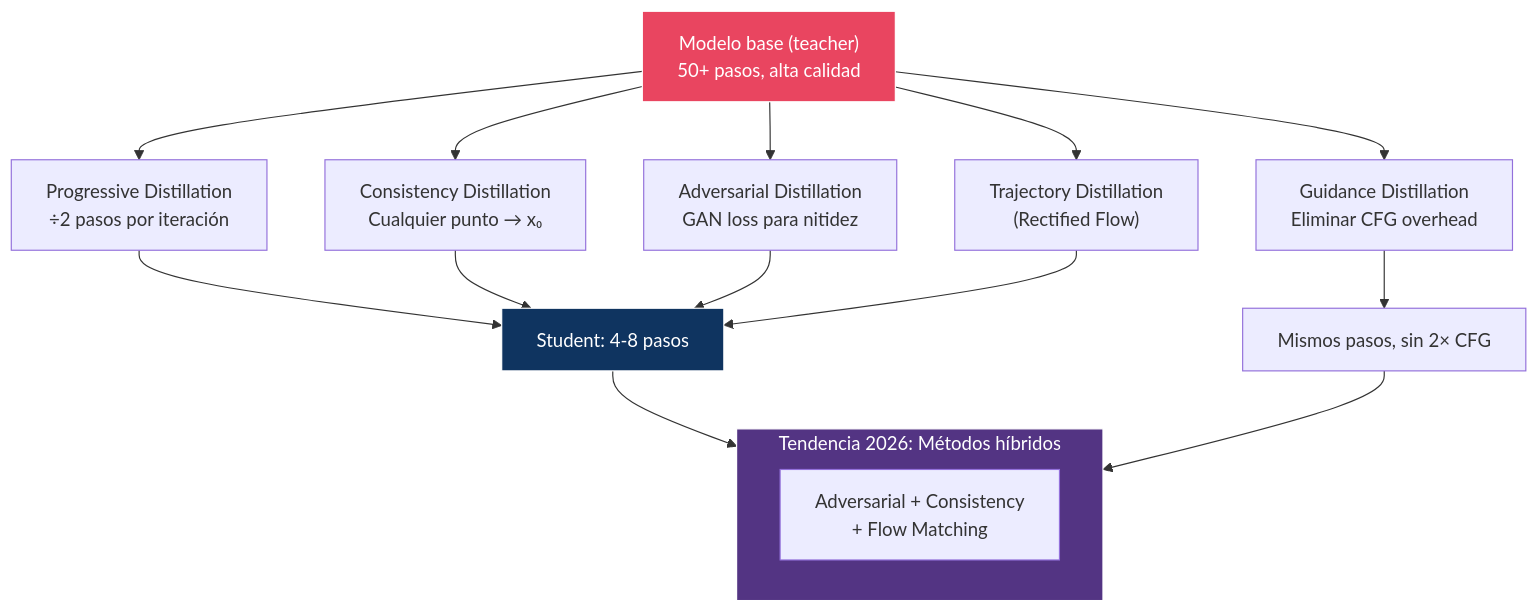
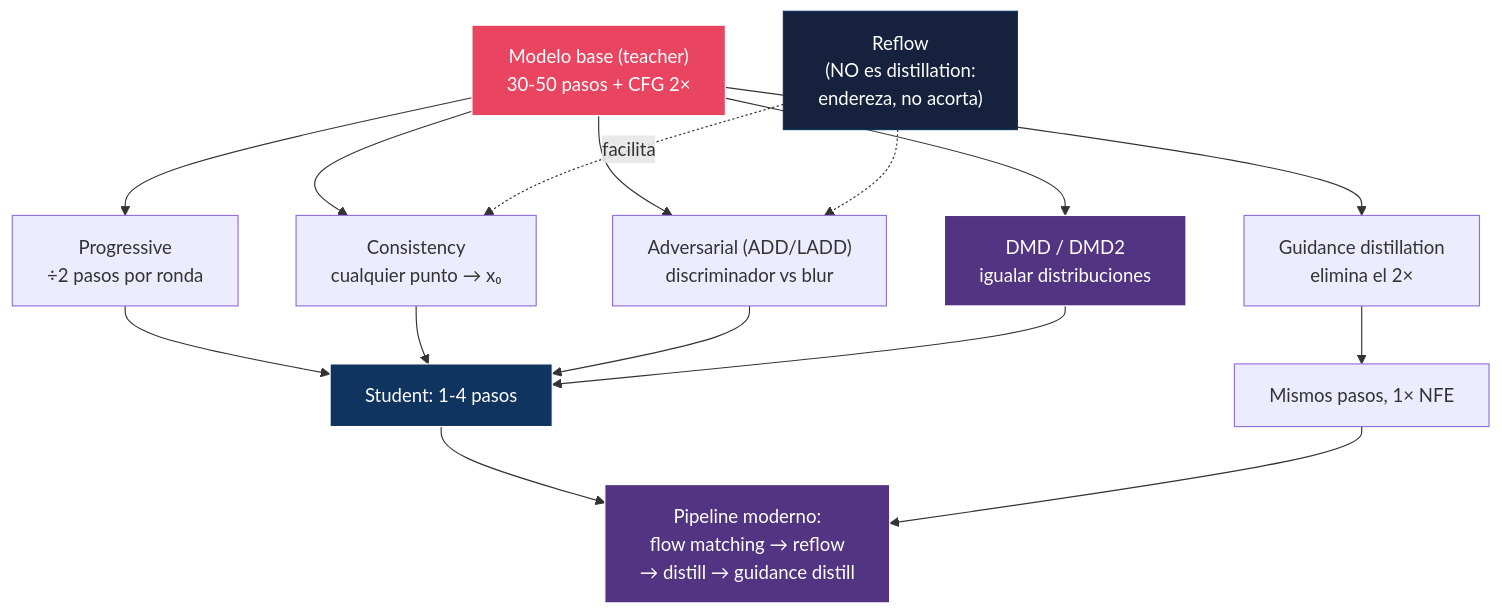
One commit to DavidDevGt/DifusionReal changed the fourth of 4 diagrams in 10-distillation/README.md. Above: the diagram before and after it, drawn with Mermaid. The commit also changed other lines of this file, not shown here.

````diff
--- a/10-distillation/README.md
+++ b/10-distillation/README.md
@@ -279,28 +408,29 @@
 ```mermaid
 graph TB
-    TEACHER["Modelo base (teacher)<br/>50+ pasos, alta calidad"]
+    TEACHER["Modelo base (teacher)<br/>30-50 pasos + CFG 2×"]
 
-    TEACHER --> PROG["Progressive Distillation<br/>÷2 pasos por iteración"]
-    TEACHER --> CONS["Consistency Distillation<br/>Cualquier punto → x₀"]
-    TEACHER --> ADV["Adversarial Distillation<br/>GAN loss para nitidez"]
-    TEACHER --> GUID["Guidance Distillation<br/>Eliminar CFG overhead"]
-    TEACHER --> TRAJ["Trajectory Distillation<br/>(Rectified Flow)"]
+    TEACHER --> PROG["Progressive<br/>÷2 pasos por ronda"]
+    TEACHER --> CONS["Consistency<br/>cualquier punto → x₀"]
+    TEACHER --> ADV["Adversarial (ADD/LADD)<br/>discriminador vs blur"]
+    TEACHER --> DMD["DMD / DMD2<br/>igualar distribuciones"]
+    TEACHER --> GUID["Guidance distillation<br/>elimina el 2×"]
 
-    PROG --> RESULT["Student: 4-8 pasos"]
+    REFLOW["Reflow<br/>(NO es distillation:<br/>endereza, no acorta)"] -.->|"facilita"| CONS
+    REFLOW -.-> ADV
+
+    PROG --> RESULT["Student: 1-4 pasos"]
     CONS --> RESULT
     ADV --> RESULT
-    TRAJ --> RESULT
+    DMD --> RESULT
 
-    GUID --> RESULT2["Mismos pasos, sin 2× CFG"]
+    GUID --> RESULT2["Mismos pasos, 1× NFE"]
 
-    subgraph Hybrid ["Tendencia 2026: Métodos híbridos"]
-        H1["Adversarial + Consistency<br/>+ Flow Matching"]
-    end
-
-    RESULT --> Hybrid
-    RESULT2 --> Hybrid
+    RESULT --> COMBO["Pipeline moderno:<br/>flow matching → reflow<br/>→ distill → guidance distill"]
+    RESULT2 --> COMBO
 
     style TEACHER fill:#e94560,stroke:#fff,color:#fff
     style RESULT fill:#0f3460,stroke:#fff,color:#fff
-    style Hybrid fill:#533483,stroke:#fff,color:#fff
+    style DMD fill:#533483,stroke:#fff,color:#fff
+    style REFLOW fill:#16213e,stroke:#0f3460,color:#fff
+    style COMBO fill:#533483,stroke:#fff,color:#fff
 ```
````
